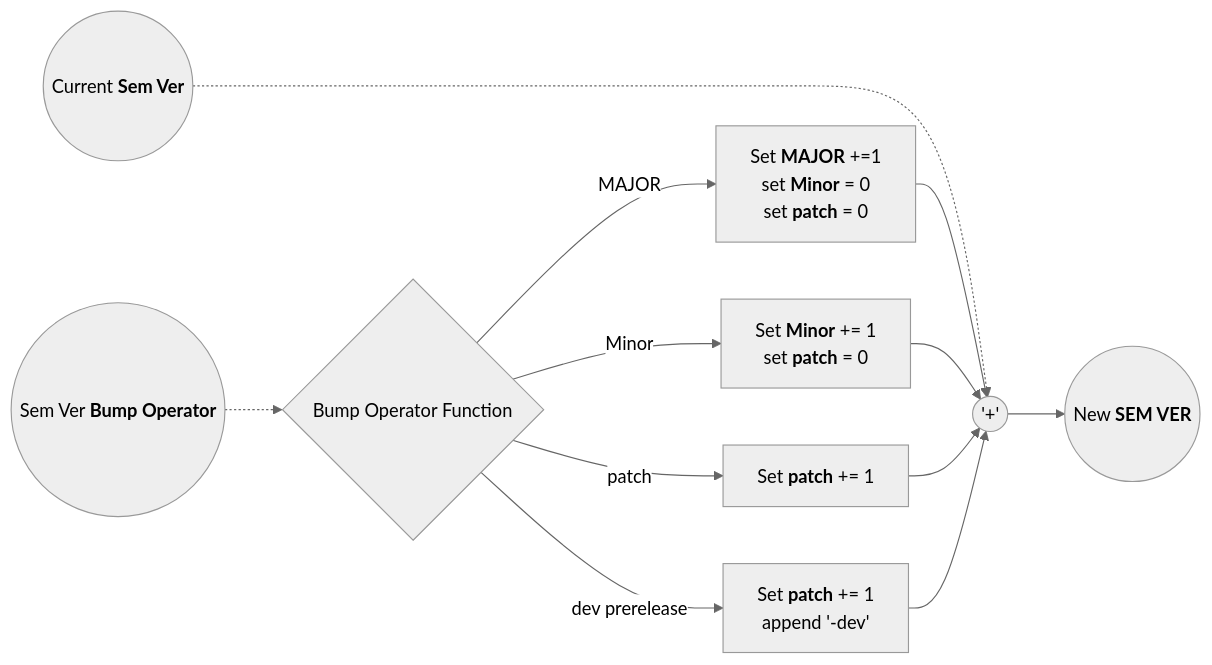
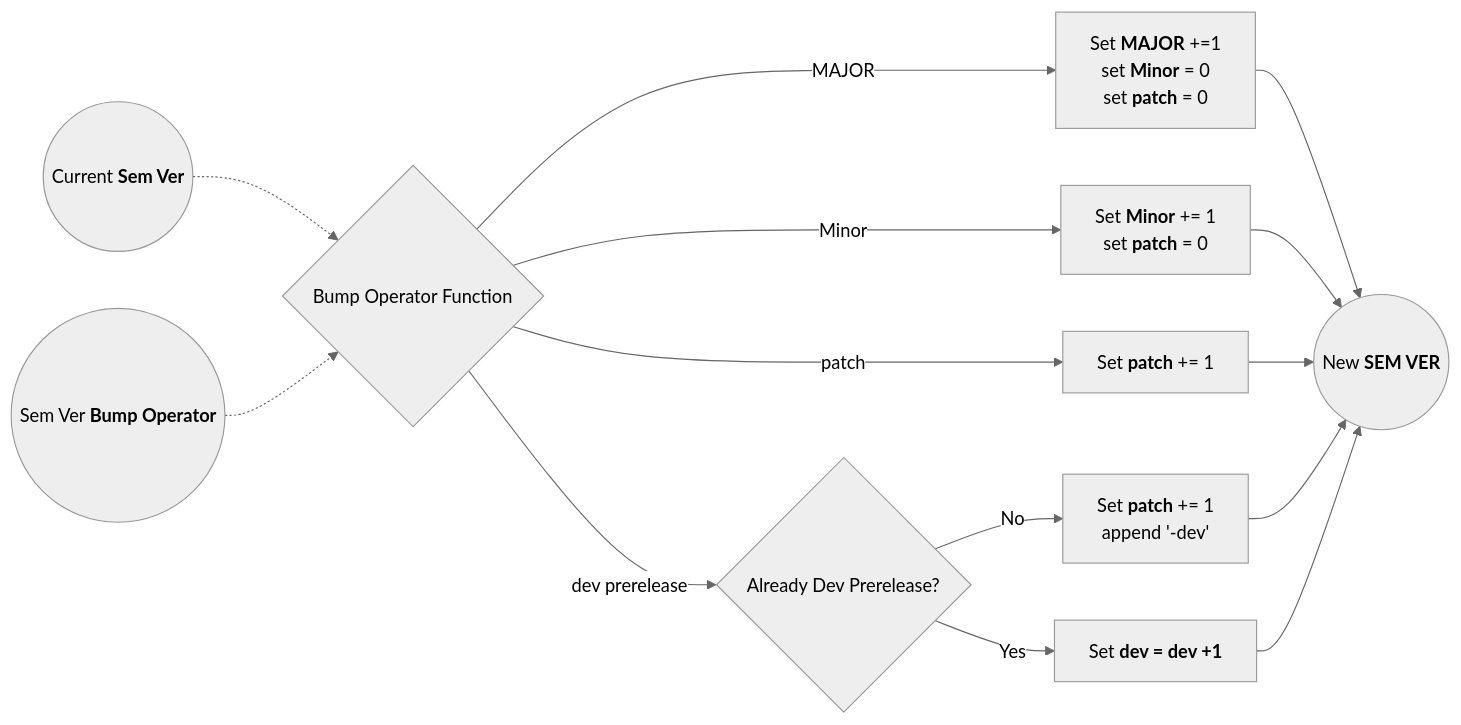
The diagram in README.md (boromir674/action-semver-bumper), drawn with Mermaid (neutral theme) before and after one commit.

Commit message:
docs: add more information in 'Action Flowchart'

````diff
--- a/README.md
+++ b/README.md
@@ -12,69 +12,84 @@
 ```mermaid
 
 graph LR
 
 %% INPUT INFORMATION
 
 INPUT_SEM_VER(("`Current **Sem Ver**`"))
 INPUT_SEM_VER_BUMP_OPERATOR(("`Sem Ver **Bump Operator**`"))
 
+%% OUTPUT NODE
+NEW_SEM_VER(("`New **SEM VER**`"))
 
 %% CONDITION NODES
 
 COND_SEM_VER_BUMP_OPERATOR{"`Bump Operator Function`"}
-
+COND_ALREADY_DEV_PRERELEASE{"`Already Dev Prerelease?`"}
 
 %% SEM VER BUMP OPERATION
 
 SEM_VER_INCREMENT_MAJOR["`Set **MAJOR** +=1
 set **Minor** = 0
 set **patch** = 0`"]
 SEM_VER_INCREMENT_MINOR["`Set **Minor** += 1
 set **patch** = 0`"]
 SEM_VER_INCREMENT_PATCH["`Set **patch** += 1`"]
 SEM_VER_INCREMENT_PATCH_N_ADD_PRERELEASE_METADATA["`Set **patch** += 1
 append '-dev'`"]
+SEM_VER_INCREMENT_DEV_PRERELEASE_COUNTER["`Set **dev = dev +1**`"]
 
 %%%% GRAPH DESIGN %%%%
 
+%% INPUT_SEM_VER -...-> APPLY_OPERATOR
+INPUT_SEM_VER -.-> COND_SEM_VER_BUMP_OPERATOR
 INPUT_SEM_VER_BUMP_OPERATOR -.-> COND_SEM_VER_BUMP_OPERATOR
 
 
 
 %% COND_SEM_VER_BUMP_OPERATOR --MAJOR --> COND_STABLE_ALREADY_RELEASED
 
 %% COND_STABLE_ALREADY_RELEASED --No --> SEM_VER_SET_TO_1_0_0
 %% COND_STABLE_ALREADY_RELEASED --Yes --> SEM_VER_INCREMENT_MAJOR
 
 %% INPUT_SEM_VER -...-> SEM_VER_INCREMENT_MAJOR
 %% INPUT_SEM_VER -...-> SEM_VER_INCREMENT_MINOR
 %% INPUT_SEM_VER -...-> SEM_VER_INCREMENT_PATCH
 %% INPUT_SEM_VER -...-> SEM_VER_INCREMENT_PATCH_N_ADD_PRERELEASE_METADATA
 
 
 COND_SEM_VER_BUMP_OPERATOR --MAJOR --> SEM_VER_INCREMENT_MAJOR
 COND_SEM_VER_BUMP_OPERATOR --Minor --> SEM_VER_INCREMENT_MINOR
 COND_SEM_VER_BUMP_OPERATOR --patch --> SEM_VER_INCREMENT_PATCH
-COND_SEM_VER_BUMP_OPERATOR --dev prerelease --> SEM_VER_INCREMENT_PATCH_N_ADD_PRERELEASE_METADATA
+COND_SEM_VER_BUMP_OPERATOR --dev prerelease --> COND_ALREADY_DEV_PRERELEASE
+COND_ALREADY_DEV_PRERELEASE --No --> SEM_VER_INCREMENT_PATCH_N_ADD_PRERELEASE_METADATA
+
+COND_ALREADY_DEV_PRERELEASE --Yes --> SEM_VER_INCREMENT_DEV_PRERELEASE_COUNTER
 
 
 %% APPLY_OPERATOR(("`Current Version + Operator = New Sem Ver`"))
 %% INPUT_SEM_VER -..-> APPLY_OPERATOR(("`Current Version + Operator = New 
 %% Sem Ver`"))
 
 %% APPLY_OPERATOR("`Apply Operator on
 %% Current Version`")
 
-INPUT_SEM_VER -...-> APPLY_OPERATOR
-APPLY_OPERATOR(("`'+'`"))
+%% APPLY_OPERATOR(("`'+'`"))
 
-%% CONNECT ALL BUMPS to OPERATOR
-SEM_VER_INCREMENT_MAJOR --> APPLY_OPERATOR
-SEM_VER_INCREMENT_MINOR --> APPLY_OPERATOR
-SEM_VER_INCREMENT_PATCH --> APPLY_OPERATOR
-SEM_VER_INCREMENT_PATCH_N_ADD_PRERELEASE_METADATA --> APPLY_OPERATOR
+%% CONNECT ALL BUMPS to OPERATOR - V1
+%% SEM_VER_INCREMENT_MAJOR --> APPLY_OPERATOR
+%% SEM_VER_INCREMENT_MINOR --> APPLY_OPERATOR
+%% SEM_VER_INCREMENT_PATCH --> APPLY_OPERATOR
+%% SEM_VER_INCREMENT_PATCH_N_ADD_PRERELEASE_METADATA --> APPLY_OPERATOR
+%% SEM_VER_INCREMENT_DEV_PRERELEASE_COUNTER --> APPLY_OPERATOR
+%% APPLY_OPERATOR --> NEW_SEM_VER
 
-%% INPUT_SEM_VER --> NEW_SEM_VER(("`New SEM VER`"))
-APPLY_OPERATOR --> NEW_SEM_VER(("`New **SEM VER**`"))
+
+%% CONNECT ALL BUMPS to OPERATOR - V1
+SEM_VER_INCREMENT_MAJOR --> NEW_SEM_VER
+SEM_VER_INCREMENT_MINOR --> NEW_SEM_VER
+SEM_VER_INCREMENT_PATCH --> NEW_SEM_VER
+SEM_VER_INCREMENT_PATCH_N_ADD_PRERELEASE_METADATA --> NEW_SEM_VER
+SEM_VER_INCREMENT_DEV_PRERELEASE_COUNTER --> NEW_SEM_VER
+
 
 ```
````
